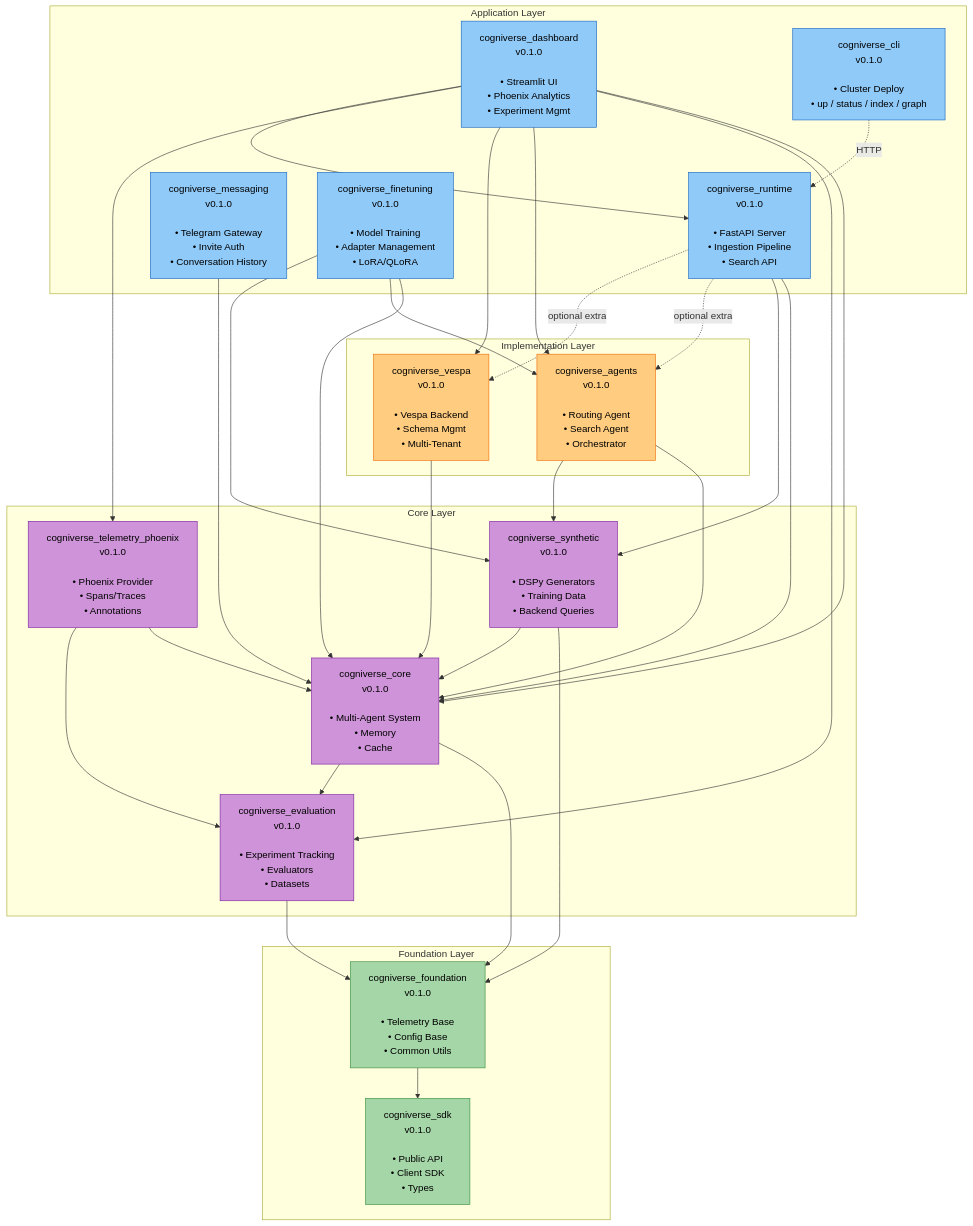
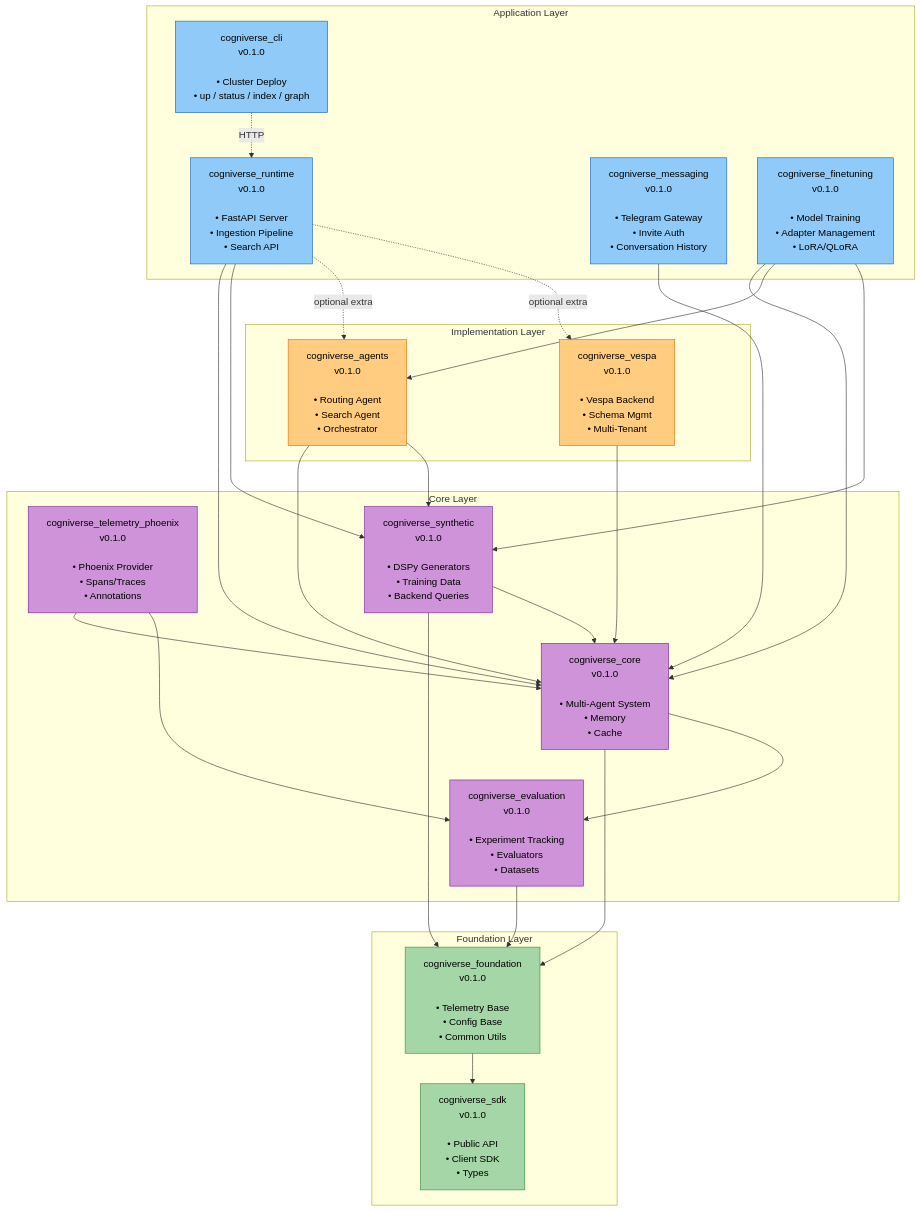
One commit to amit-jain/cogniverse changed the first of 26 diagrams in docs/diagrams/sdk-architecture-diagrams.md. Above: the diagram before and after it, drawn with Mermaid. The commit also changed other lines of this file and 241 other files, not shown here.

First line of the commit message:
Remove the Streamlit dashboard

````diff
--- a/docs/diagrams/sdk-architecture-diagrams.md
+++ b/docs/diagrams/sdk-architecture-diagrams.md
@@ -22,82 +22,74 @@
 ```mermaid
 flowchart TB
     subgraph "Foundation Layer"
         SDK["<span style='color:#000'>cogniverse_sdk<br/>v0.1.0<br/><br/>• Public API<br/>• Client SDK<br/>• Types</span>"]
         Foundation["<span style='color:#000'>cogniverse_foundation<br/>v0.1.0<br/><br/>• Telemetry Base<br/>• Config Base<br/>• Common Utils</span>"]
     end
 
     subgraph "Core Layer"
         Core["<span style='color:#000'>cogniverse_core<br/>v0.1.0<br/><br/>• Multi-Agent System<br/>• Memory<br/>• Cache</span>"]
         Evaluation["<span style='color:#000'>cogniverse_evaluation<br/>v0.1.0<br/><br/>• Experiment Tracking<br/>• Evaluators<br/>• Datasets</span>"]
         Phoenix["<span style='color:#000'>cogniverse_telemetry_phoenix<br/>v0.1.0<br/><br/>• Phoenix Provider<br/>• Spans/Traces<br/>• Annotations</span>"]
         Synthetic["<span style='color:#000'>cogniverse_synthetic<br/>v0.1.0<br/><br/>• DSPy Generators<br/>• Training Data<br/>• Backend Queries</span>"]
     end
 
     subgraph "Implementation Layer"
         Agents["<span style='color:#000'>cogniverse_agents<br/>v0.1.0<br/><br/>• Routing Agent<br/>• Search Agent<br/>• Orchestrator</span>"]
         Vespa["<span style='color:#000'>cogniverse_vespa<br/>v0.1.0<br/><br/>• Vespa Backend<br/>• Schema Mgmt<br/>• Multi-Tenant</span>"]
     end
 
     subgraph "Application Layer"
         Runtime["<span style='color:#000'>cogniverse_runtime<br/>v0.1.0<br/><br/>• FastAPI Server<br/>• Ingestion Pipeline<br/>• Search API</span>"]
-        Dashboard["<span style='color:#000'>cogniverse_dashboard<br/>v0.1.0<br/><br/>• Streamlit UI<br/>• Phoenix Analytics<br/>• Experiment Mgmt</span>"]
         Messaging["<span style='color:#000'>cogniverse_messaging<br/>v0.1.0<br/><br/>• Telegram Gateway<br/>• Invite Auth<br/>• Conversation History</span>"]
         Finetuning["<span style='color:#000'>cogniverse_finetuning<br/>v0.1.0<br/><br/>• Model Training<br/>• Adapter Management<br/>• LoRA/QLoRA</span>"]
         Cli["<span style='color:#000'>cogniverse_cli<br/>v0.1.0<br/><br/>• Cluster Deploy<br/>• up / status / index / graph</span>"]
     end
 
     %% Foundation Layer dependencies
     Foundation --> SDK
 
     %% Core Layer dependencies
     Core --> Foundation
     Core --> Evaluation
     Evaluation --> Foundation
     Phoenix --> Core
     Phoenix --> Evaluation
     Synthetic --> Foundation
     Synthetic --> Core
 
     %% Implementation Layer dependencies
     Agents --> Core
     Agents --> Synthetic
     Vespa --> Core
 
     %% Application Layer dependencies
     Runtime --> Core
     Runtime --> Synthetic
     Runtime -.->|optional extra| Agents
     Runtime -.->|optional extra| Vespa
-    Dashboard --> Core
-    Dashboard --> Evaluation
-    Dashboard --> Agents
-    Dashboard --> Vespa
-    Dashboard --> Phoenix
-    Dashboard --> Runtime
     Messaging --> Core
     Finetuning --> Core
     Finetuning --> Agents
     Finetuning --> Synthetic
     Cli -.->|HTTP| Runtime
 
     %% Styling - Foundation Layer (green)
     style SDK fill:#a5d6a7,stroke:#388e3c,color:#000
     style Foundation fill:#a5d6a7,stroke:#388e3c,color:#000
 
     %% Styling - Core Layer (purple)
     style Core fill:#ce93d8,stroke:#7b1fa2,color:#000
     style Evaluation fill:#ce93d8,stroke:#7b1fa2,color:#000
     style Phoenix fill:#ce93d8,stroke:#7b1fa2,color:#000
     style Synthetic fill:#ce93d8,stroke:#7b1fa2,color:#000
 
     %% Styling - Implementation Layer (orange)
     style Agents fill:#ffcc80,stroke:#ef6c00,color:#000
     style Vespa fill:#ffcc80,stroke:#ef6c00,color:#000
 
     %% Styling - Application Layer (blue)
     style Runtime fill:#90caf9,stroke:#1565c0,color:#000
-    style Dashboard fill:#90caf9,stroke:#1565c0,color:#000
     style Messaging fill:#90caf9,stroke:#1565c0,color:#000
     style Finetuning fill:#90caf9,stroke:#1565c0,color:#000
     style Cli fill:#90caf9,stroke:#1565c0,color:#000
 ```
````
